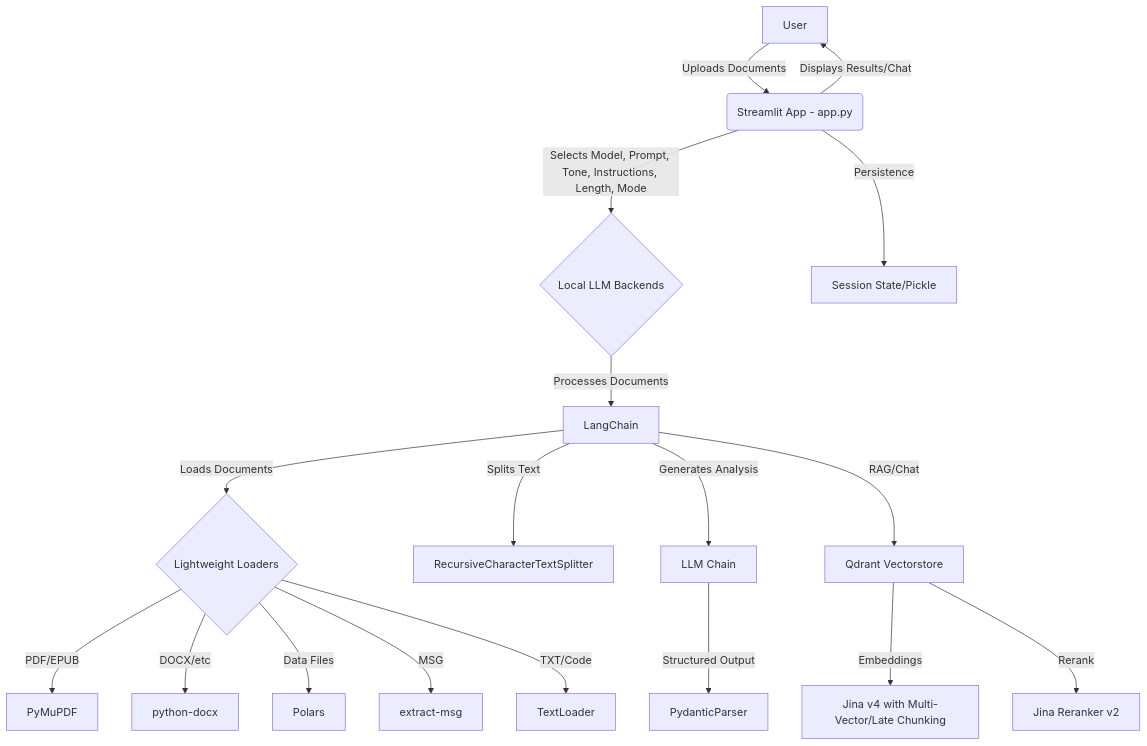
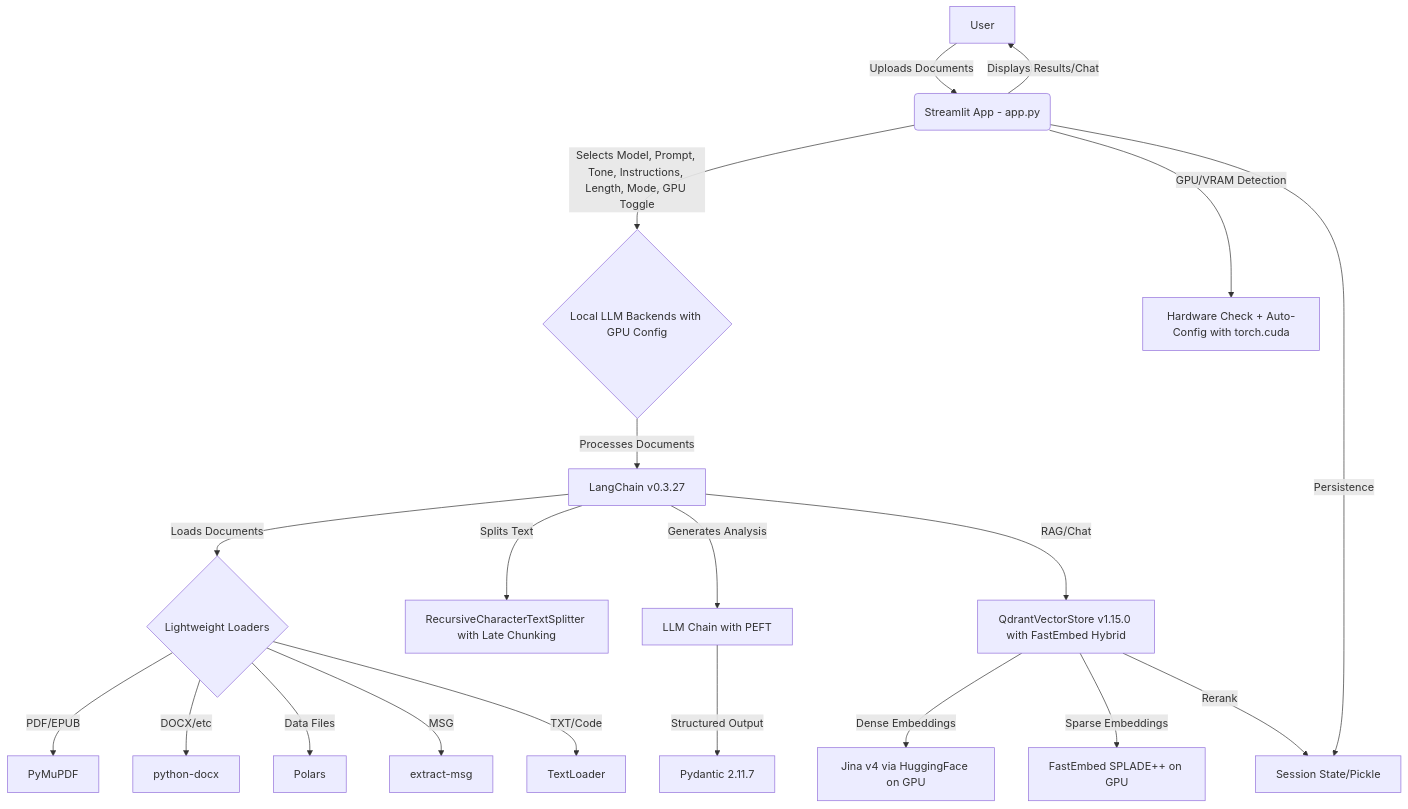
One commit to BjornMelin/docmind-ai-llm changed the diagram in README.md. Above: the diagram before and after it, drawn with Mermaid. The commit also changed other lines of this file, not shown here.

````diff
--- a/README.md
+++ b/README.md
@@ -190,20 +201,22 @@
 ```mermaid
 graph TD
     A[User] -->|Uploads Documents| B(Streamlit App - app.py);
-    B -->|Selects Model, Prompt, Tone, Instructions, Length, Mode| C{Local LLM Backends};
-    C -->|Processes Documents| D[LangChain];
+    B -->|Selects Model, Prompt, Tone, Instructions, Length, Mode, GPU Toggle| C{Local LLM Backends with GPU Config};
+    C -->|Processes Documents| D[LangChain v0.3.27];
     D -->|Loads Documents| E{Lightweight Loaders};
     E -->|PDF/EPUB| F[PyMuPDF];
     E -->|DOCX/etc| G[python-docx];
     E -->|Data Files| H[Polars];
     E -->|MSG| I[extract-msg];
     E -->|TXT/Code| J[TextLoader];
-    D -->|Splits Text| K[RecursiveCharacterTextSplitter];
-    D -->|Generates Analysis| L[LLM Chain];
-    L -->|Structured Output| M[PydanticParser];
-    D -->|RAG/Chat| N[Qdrant Vectorstore];
-    N -->|Embeddings| O[Jina v4 with Multi-Vector/Late Chunking];
-    N -->|Rerank| P[Jina Reranker v2];
+    D -->|Splits Text| K[RecursiveCharacterTextSplitter with Late Chunking];
+    D -->|Generates Analysis| L[LLM Chain with PEFT];
+    L -->|Structured Output| M[Pydantic 2.11.7];
+    D -->|RAG/Chat| N[QdrantVectorStore v1.15.0 with FastEmbed Hybrid];
+    N -->|Dense Embeddings| O[Jina v4 via HuggingFace on GPU];
+    N -->|Sparse Embeddings| P[FastEmbed SPLADE++ on GPU];
+    N -->|Rerank| Q[Jina Reranker v2 with Submodular Opt on GPU];
     B -->|Displays Results/Chat| A;
     B -->|Persistence| Q[Session State/Pickle];
+    B -->|GPU/VRAM Detection| R[Hardware Check + Auto-Config with torch.cuda];
 ```
````
